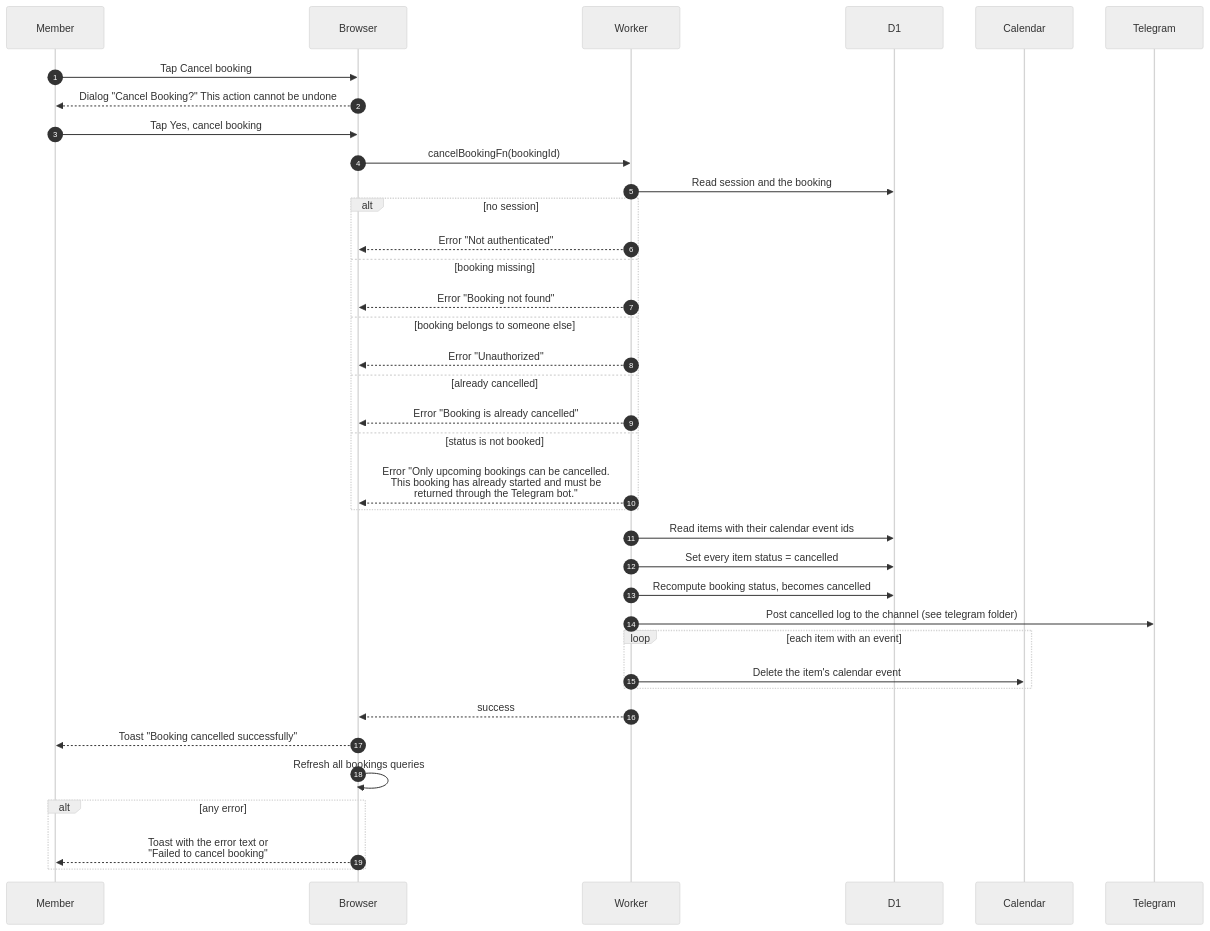
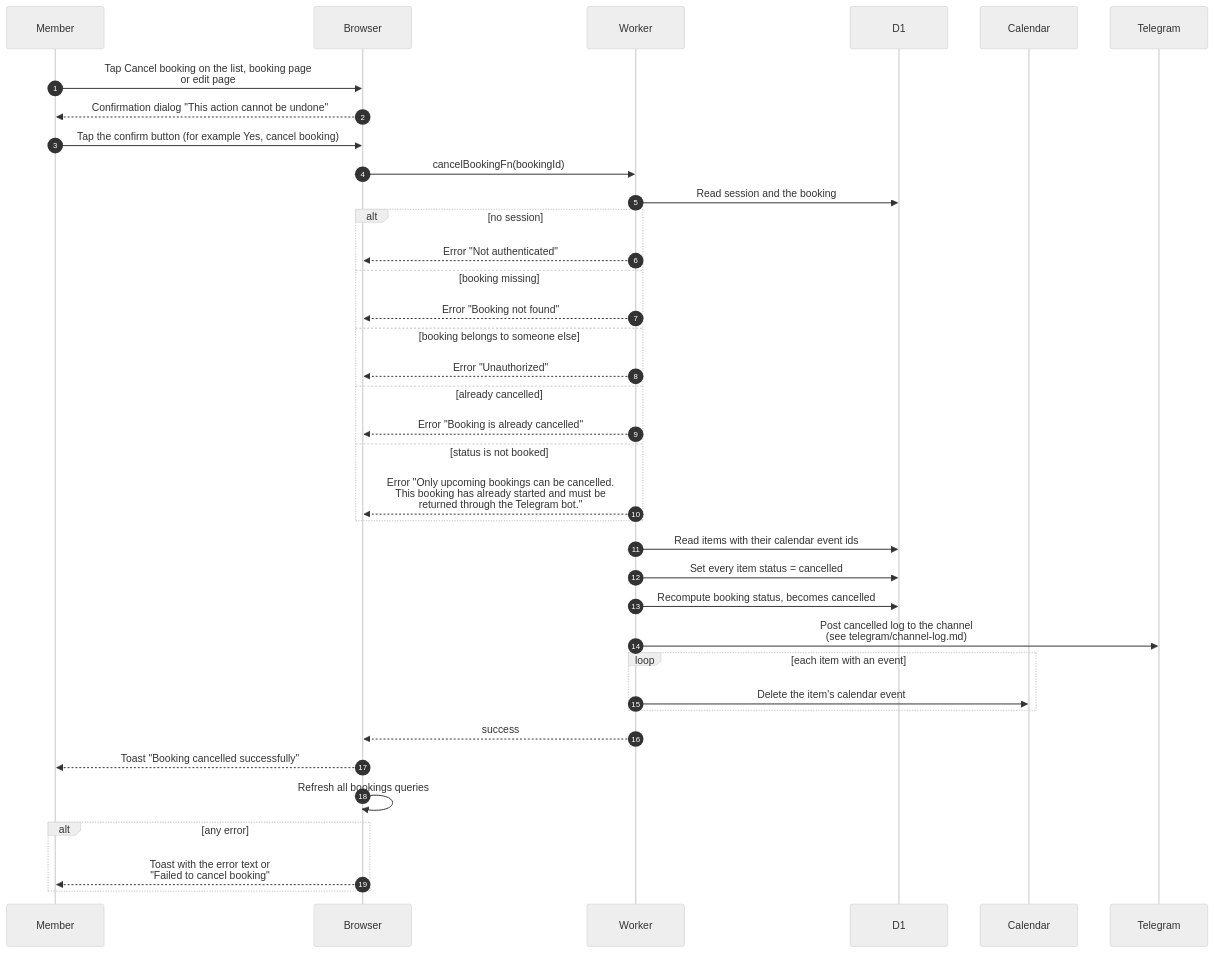
The diagram in docs/scenarios/bookings/cancel-booking.md (sagyzdop/meriksirat), drawn with Mermaid (neutral theme) before and after one commit. The commit also changed other lines of this file and 17 other files, not shown here.

Commit message:
docs(scenarios): verify bookings diagrams against the code

````diff
--- a/docs/scenarios/bookings/cancel-booking.md
+++ b/docs/scenarios/bookings/cancel-booking.md
@@ -34,39 +41,39 @@
 ```mermaid
 sequenceDiagram
     autonumber
     participant M as Member
     participant B as Browser
     participant W as Worker
     participant D as D1
     participant C as Calendar
     participant T as Telegram
-    M->>B: Tap Cancel booking
-    B-->>M: Dialog "Cancel Booking?" This action cannot be undone
-    M->>B: Tap Yes, cancel booking
+    M->>B: Tap Cancel booking on the list, booking page<br/>or edit page
+    B-->>M: Confirmation dialog "This action cannot be undone"
+    M->>B: Tap the confirm button (for example Yes, cancel booking)
     B->>W: cancelBookingFn(bookingId)
     W->>D: Read session and the booking
     alt no session
         W-->>B: Error "Not authenticated"
     else booking missing
         W-->>B: Error "Booking not found"
     else booking belongs to someone else
         W-->>B: Error "Unauthorized"
     else already cancelled
         W-->>B: Error "Booking is already cancelled"
     else status is not booked
         W-->>B: Error "Only upcoming bookings can be cancelled.<br/>This booking has already started and must be<br/>returned through the Telegram bot."
     end
     W->>D: Read items with their calendar event ids
     W->>D: Set every item status = cancelled
     W->>D: Recompute booking status, becomes cancelled
-    W->>T: Post cancelled log to the channel (see telegram folder)
+    W->>T: Post cancelled log to the channel<br/>(see telegram/channel-log.md)
     loop each item with an event
         W->>C: Delete the item's calendar event
     end
     W-->>B: success
     B-->>M: Toast "Booking cancelled successfully"
     B->>B: Refresh all bookings queries
     alt any error
         B-->>M: Toast with the error text or<br/>"Failed to cancel booking"
     end
 ```
````
